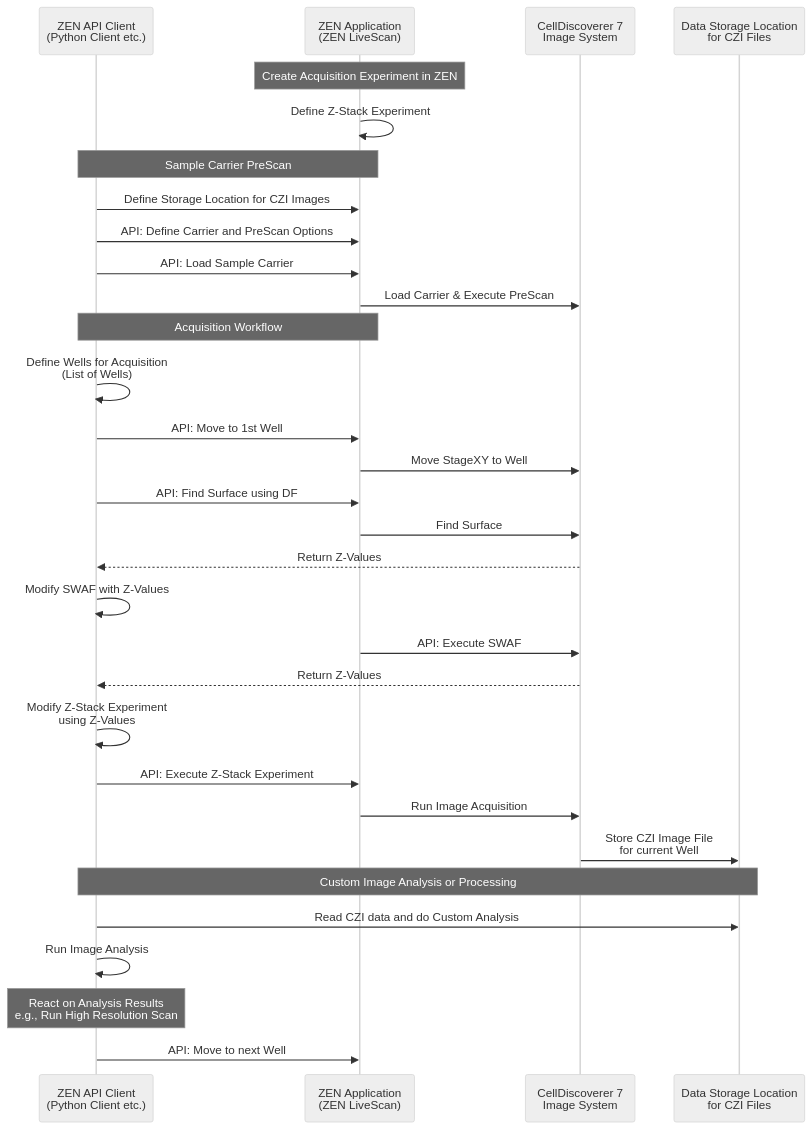
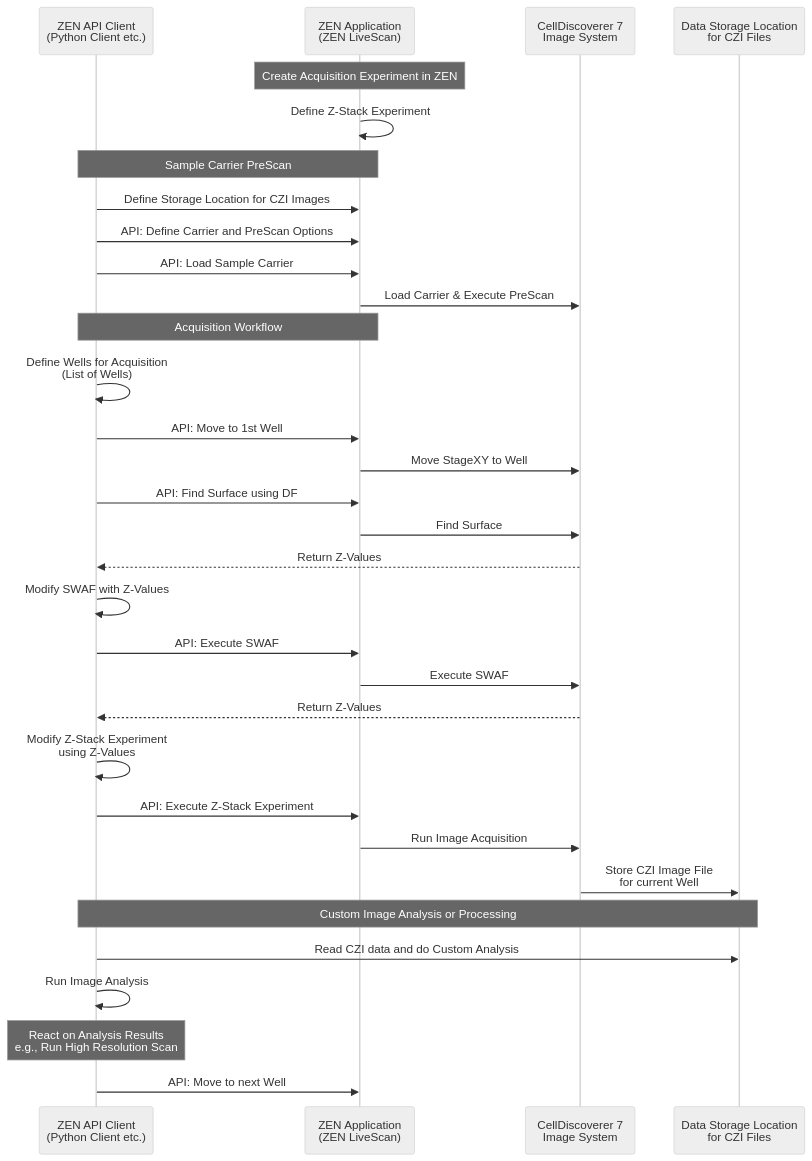
One commit to zeiss-microscopy/OAD changed the diagram in ZEN-API/images/zenapi_cd7_example_workflow.mmd. Above: the diagram before and after it, drawn with Mermaid. The commit also changed 7 other files, not shown here.

```diff
--- a/ZEN-API/images/zenapi_cd7_example_workflow.mmd
+++ b/ZEN-API/images/zenapi_cd7_example_workflow.mmd
@@ -1,50 +1,51 @@
 ---
 config:
   theme: "neutral"
 ---
 
 %% Sequence diagram for ZEN API - CellDiscoverer 7 Example Workflow
 sequenceDiagram
     %% Participants
     participant ZC as ZEN API Client<br/>(Python Client etc.)
     participant ZEN as ZEN Application<br/>(ZEN LiveScan)
     participant CD7 as CellDiscoverer 7<br/>Image System
     participant HD as Data Storage Location<br/>for CZI Files
 
     %% Section 1: Create Acquisition Experiment
     Note over ZEN: Create Acquisition Experiment in ZEN
     ZEN->>ZEN: Define Z-Stack Experiment
 
     %% Section 2: Sample Carrier PreScan
     Note over ZC,ZEN: Sample Carrier PreScan
     ZC->>ZEN: Define Storage Location for CZI Images
     ZC->>ZEN: API: Define Carrier and PreScan Options
     ZC->>ZEN: API: Load Sample Carrier
     ZEN->>CD7: Load Carrier & Execute PreScan
 
     %% Section 3: Acquisition Workflow
     Note over ZC,ZEN: Acquisition Workflow
     ZC->>ZC: Define Wells for Acquisition<br/>(List of Wells)
     ZC->>ZEN: API: Move to 1st Well
     ZEN->>CD7: Move StageXY to Well
     ZC->>ZEN: API: Find Surface using DF
     ZEN->>CD7: Find Surface
     CD7-->>ZC: Return Z-Values
     ZC->>ZC: Modify SWAF with Z-Values
-    ZEN->>CD7: API: Execute SWAF
+    ZC->>ZEN: API: Execute SWAF
+    ZEN->>CD7: Execute SWAF
     CD7-->>ZC: Return Z-Values
     ZC->>ZC: Modify Z-Stack Experiment<br/>using Z-Values
     ZC->>ZEN: API: Execute Z-Stack Experiment
     ZEN->>CD7: Run Image Acquisition
     CD7->>HD: Store CZI Image File<br/>for current Well
 
     %% Section 4: Custom Image Analysis or Processing
     Note over ZC,HD: Custom Image Analysis or Processing
     ZC->>HD: Read CZI data and do Custom Analysis
     ZC->>ZC: Run Image Analysis
 
     %% Note for reaction
     Note over ZC: React on Analysis Results<br/>e.g., Run High Resolution Scan
 
     %% Loop for next well
     ZC->>ZEN: API: Move to next Well
```
